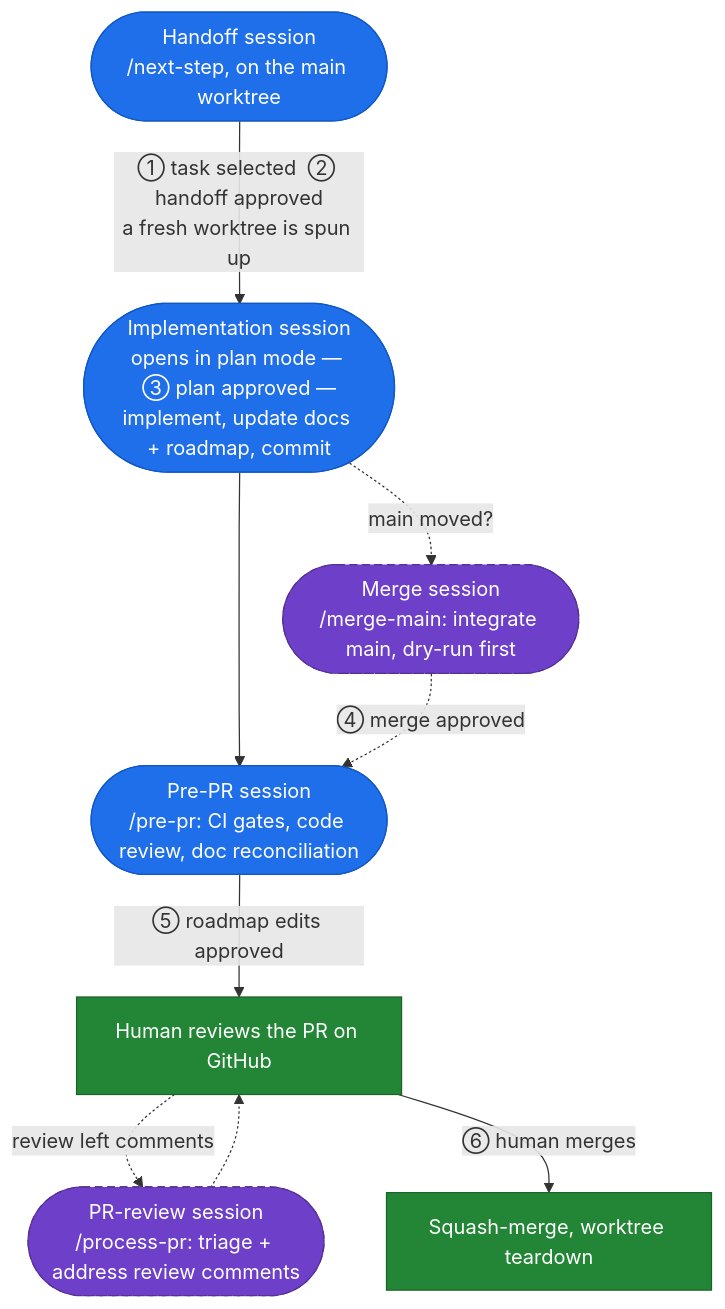
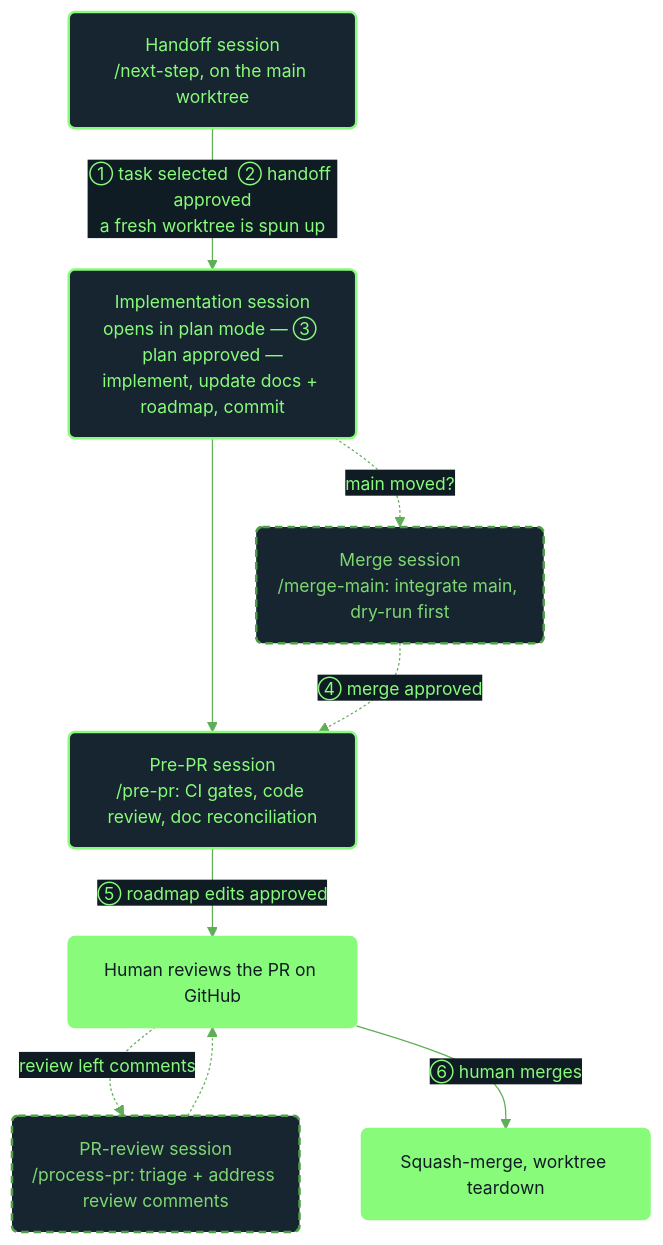
Before and after one commit to drabaioli/cdd: the first of 2 diagrams in README.md, drawn with Mermaid. The commit also changed other lines of this file, not shown here.

Commit message:
README: restyle Mermaid diagrams with terminal-derived palette
Address PR #9 review: replace the clashing saturated fills with a
cohesive scheme derived from the project terminal (bg #101c24, fg
#88fb7a) — dark blue-black panels, green outlines/text, slightly
rounded corners, curved edges. Human/GitHub steps invert to a solid
green fill so the human-in-the-loop checkpoints stand out.

````diff
--- a/README.md
+++ b/README.md
@@ -16,23 +16,24 @@
 ```mermaid
+%%{init: {'theme':'base', 'themeVariables': {'background':'#101c24', 'primaryColor':'#16252f', 'primaryTextColor':'#88fb7a', 'primaryBorderColor':'#88fb7a', 'lineColor':'#5fae57', 'textColor':'#a9d6a0', 'edgeLabelBackground':'#101c24', 'fontFamily':'ui-monospace, SFMono-Regular, Menlo, monospace', 'fontSize':'14px'}, 'flowchart': {'curve':'basis'}}}%%
 flowchart TD
-    NS(["Handoff session<br>/next-step, on the main worktree"]):::agent
-    IMPL(["Implementation session<br>opens in plan mode — ③ plan approved —<br>implement, update docs + roadmap, commit"]):::agent
-    MM(["Merge session<br>/merge-main: integrate main, dry-run first"]):::opt
-    PP(["Pre-PR session<br>/pre-pr: CI gates, code review, doc reconciliation"]):::agent
-    REV["Human reviews the PR on GitHub"]:::human
-    PPR(["PR-review session<br>/process-pr: triage + address review comments"]):::opt
-    DONE["Squash-merge, worktree teardown"]:::human
+    NS("Handoff session<br>/next-step, on the main worktree"):::agent
+    IMPL("Implementation session<br>opens in plan mode — ③ plan approved —<br>implement, update docs + roadmap, commit"):::agent
+    MM("Merge session<br>/merge-main: integrate main, dry-run first"):::opt
+    PP("Pre-PR session<br>/pre-pr: CI gates, code review, doc reconciliation"):::agent
+    REV("Human reviews the PR on GitHub"):::human
+    PPR("PR-review session<br>/process-pr: triage + address review comments"):::opt
+    DONE("Squash-merge, worktree teardown"):::human
 
     NS -->|"① task selected  ② handoff approved<br>a fresh worktree is spun up"| IMPL
     IMPL --> PP
     IMPL -.->|"main moved?"| MM
     MM -.->|"④ merge approved"| PP
     PP -->|"⑤ roadmap edits approved"| REV
     REV -.->|"review left comments"| PPR
     PPR -.-> REV
     REV -->|"⑥ human merges"| DONE
 
-    classDef agent fill:#1f6feb,stroke:#1158c7,color:#ffffff
-    classDef opt fill:#6e40c9,stroke:#553098,color:#ffffff,stroke-dasharray: 6 4
-    classDef human fill:#238636,stroke:#1a6329,color:#ffffff
+    classDef agent fill:#16252f,stroke:#88fb7a,color:#88fb7a,stroke-width:2px
+    classDef opt fill:#16252f,stroke:#4f9e48,color:#7fd773,stroke-width:2px,stroke-dasharray: 6 4
+    classDef human fill:#88fb7a,stroke:#88fb7a,color:#101c24,stroke-width:2px
 ```
````
